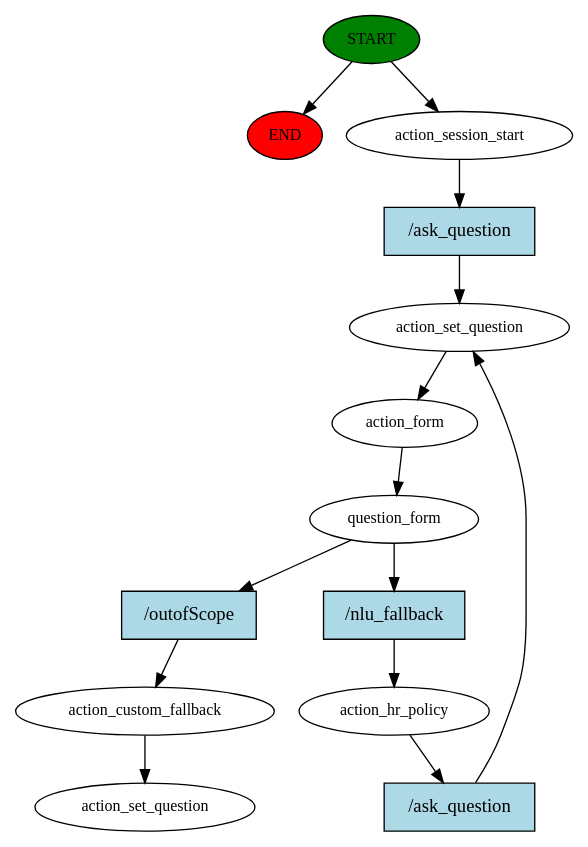
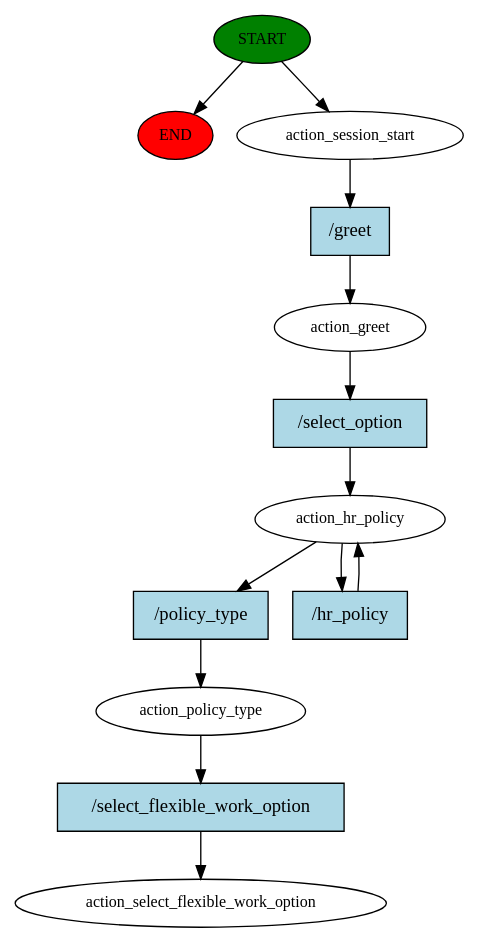
Before and after one commit to AIAnupSHrestha/amelia-chatbot: the diagram in story_graph.dot, drawn with Graphviz. The commit also changed 5 other files, not shown here.

```diff
--- a/story_graph.dot
+++ b/story_graph.dot
@@ -1,28 +1,26 @@
 digraph  {
 0 [class="start active", fillcolor=green, fontsize=12, label=START, style=filled];
 "-1" [class=end, fillcolor=red, fontsize=12, label=END, style=filled];
 1 [class=active, fontsize=12, label=action_session_start];
-2 [class=active, fontsize=12, label=action_set_question];
-3 [class=active, fontsize=12, label=action_form];
-4 [class=active, fontsize=12, label=question_form];
-5 [class=active, fontsize=12, label=action_hr_policy];
-9 [class=active, fontsize=12, label=action_custom_fallback];
-10 [class="dashed active", fontsize=12, label=action_set_question];
-11 [class="intent active", fillcolor=lightblue, label="/ask_question", shape=rect, style=filled];
-12 [class="intent active", fillcolor=lightblue, label="/nlu_fallback", shape=rect, style=filled];
-13 [class="intent active", fillcolor=lightblue, label="/outofScope", shape=rect, style=filled];
-14 [class="intent active", fillcolor=lightblue, label="/ask_question", shape=rect, style=filled];
+2 [class=active, fontsize=12, label=action_greet];
+3 [class=active, fontsize=12, label=action_hr_policy];
+5 [class=active, fontsize=12, label=action_policy_type];
+6 [class="dashed active", fontsize=12, label=action_select_flexible_work_option];
+7 [class="intent active", fillcolor=lightblue, label="/greet", shape=rect, style=filled];
+8 [class="intent active", fillcolor=lightblue, label="/select_option", shape=rect, style=filled];
+9 [class="intent active", fillcolor=lightblue, label="/policy_type", shape=rect, style=filled];
+10 [class="intent active", fillcolor=lightblue, label="/hr_policy", shape=rect, style=filled];
+11 [class="intent active", fillcolor=lightblue, label="/select_flexible_work_option", shape=rect, style=filled];
 0 -> "-1"  [class="", key=NONE, label=""];
 0 -> 1  [class=active, key=NONE, label=""];
-1 -> 11  [class=active, key=0];
-2 -> 3  [class=active, key=NONE, label=""];
-3 -> 4  [class=active, key=NONE, label=""];
-4 -> 12  [class=active, key=0];
-4 -> 13  [class=active, key=0];
-5 -> 14  [class=active, key=0];
-9 -> 10  [class=active, key=NONE, label=""];
-11 -> 2  [class=active, key=0];
-12 -> 5  [class=active, key=0];
-13 -> 9  [class=active, key=0];
-14 -> 2  [class=active, key=0];
+1 -> 7  [class=active, key=0];
+2 -> 8  [class=active, key=0];
+3 -> 9  [class=active, key=0];
+3 -> 10  [class=active, key=0];
+5 -> 11  [class=active, key=0];
+7 -> 2  [class=active, key=0];
+8 -> 3  [class=active, key=0];
+9 -> 5  [class=active, key=0];
+10 -> 3  [class=active, key=0];
+11 -> 6  [class=active, key=0];
 }
```
